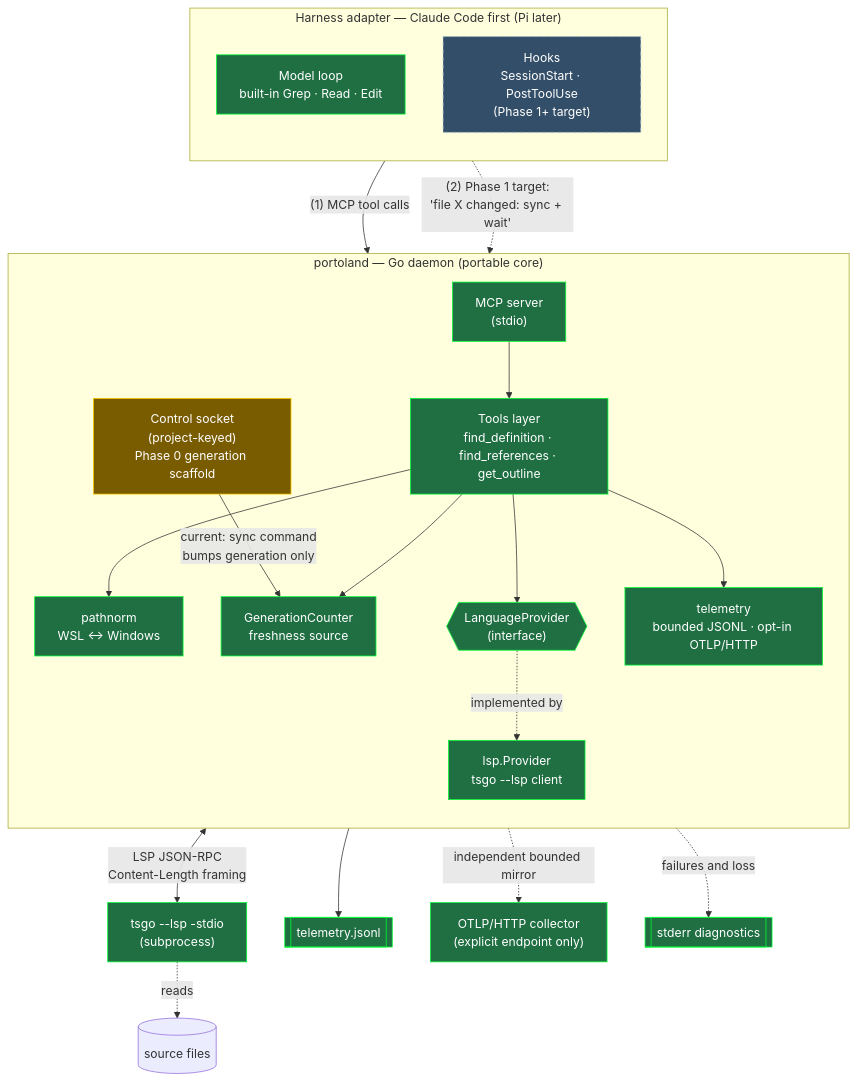
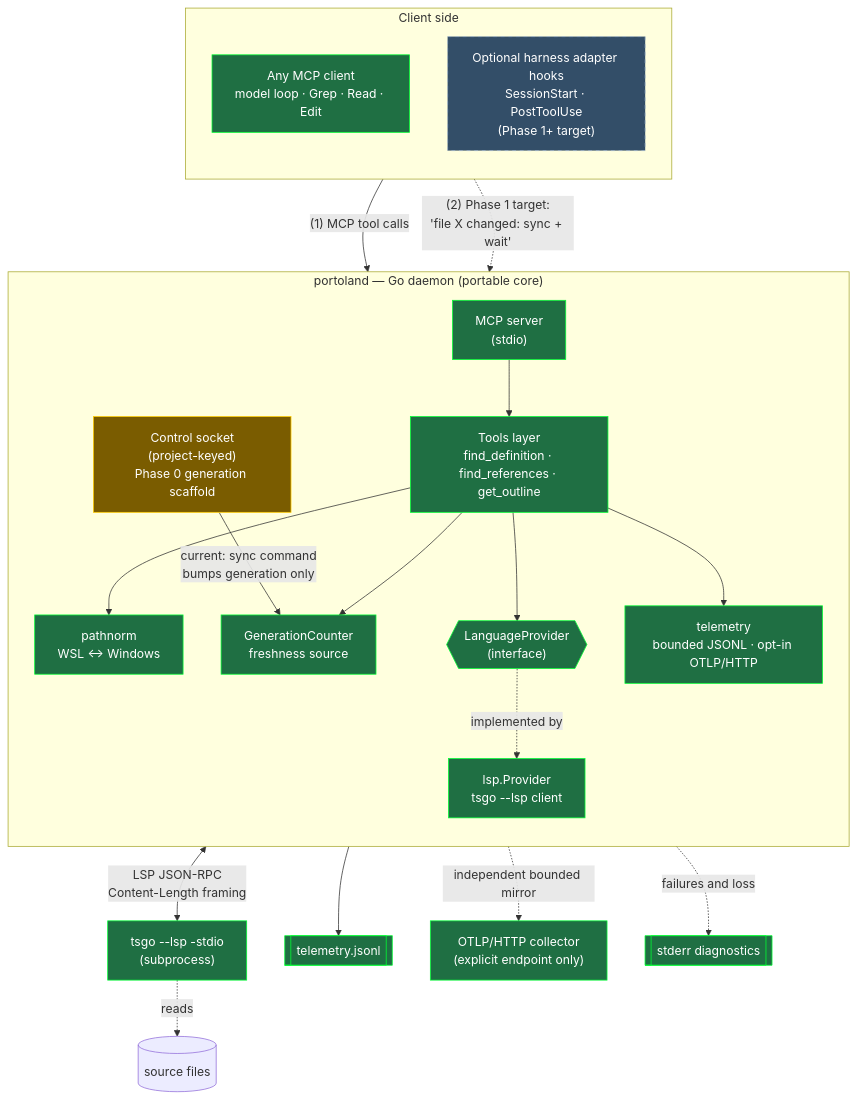
One commit to skflowne/portolan changed the first of 6 diagrams in ARCHITECTURE.md. Above: the diagram before and after it, drawn with Mermaid. The commit also changed other lines of this file, not shown here.

Commit message:
Show harness-agnostic MCP clients in architecture

````diff
--- a/ARCHITECTURE.md
+++ b/ARCHITECTURE.md
@@ -20,48 +20,48 @@
 ```mermaid
 flowchart TB
-    subgraph Harness["Harness adapter — Claude Code first (Pi later)"]
+    subgraph Clients["Client side"]
         direction TB
-        Model["Model loop<br/>built-in Grep · Read · Edit"]
-        Hooks["Hooks<br/>SessionStart · PostToolUse<br/>(Phase 1+ target)"]
+        Model["Any MCP client<br/>model loop · Grep · Read · Edit"]
+        Hooks["Optional harness adapter hooks<br/>SessionStart · PostToolUse<br/>(Phase 1+ target)"]
     end
 
     subgraph Daemon["portoland — Go daemon (portable core)"]
         direction TB
         MCP["MCP server<br/>(stdio)"]
         Ctl["Control socket<br/>(project-keyed)<br/>Phase 0 generation scaffold"]
         Tools["Tools layer<br/>find_definition · find_references · get_outline"]
         Gen["GenerationCounter<br/>freshness source"]
         Prov{{"LanguageProvider<br/>(interface)"}}
         LSP["lsp.Provider<br/>tsgo --lsp client"]
         Path["pathnorm<br/>WSL ↔ Windows"]
         Tel["telemetry<br/>bounded JSONL · opt-in OTLP/HTTP"]
     end
 
     Tsgo["tsgo --lsp -stdio<br/>(subprocess)"]
     Files[("source files")]
     JSONL[["telemetry.jsonl"]]
     OTLP["OTLP/HTTP collector<br/>(explicit endpoint only)"]
     Stderr[["stderr diagnostics"]]
 
     Model -->|"(1) MCP tool calls"| MCP
     Hooks -.->|"(2) Phase 1 target:<br/>'file X changed: sync + wait'"| Ctl
     MCP --> Tools
     Tools --> Path
     Tools --> Gen
     Tools --> Prov
     Tools --> Tel
     Prov -. implemented by .-> LSP
     LSP <-->|"LSP JSON-RPC<br/>Content-Length framing"| Tsgo
     Tsgo -.reads.-> Files
     Ctl -->|"current: sync command<br/>bumps generation only"| Gen
     Tel --> JSONL
     Tel -. independent bounded mirror .-> OTLP
     Tel -. failures and loss .-> Stderr
 
     classDef built fill:#1f6f43,stroke:#0f3,color:#fff;
     classDef scaffold fill:#7a5c00,stroke:#fc0,color:#fff;
     classDef future fill:#334e68,stroke:#9fb3c8,color:#fff,stroke-dasharray: 5 5;
     class Model,MCP,Tools,Gen,Prov,LSP,Path,Tel,Tsgo,JSONL,OTLP,Stderr built;
     class Ctl scaffold;
     class Hooks future;
 ```
````
